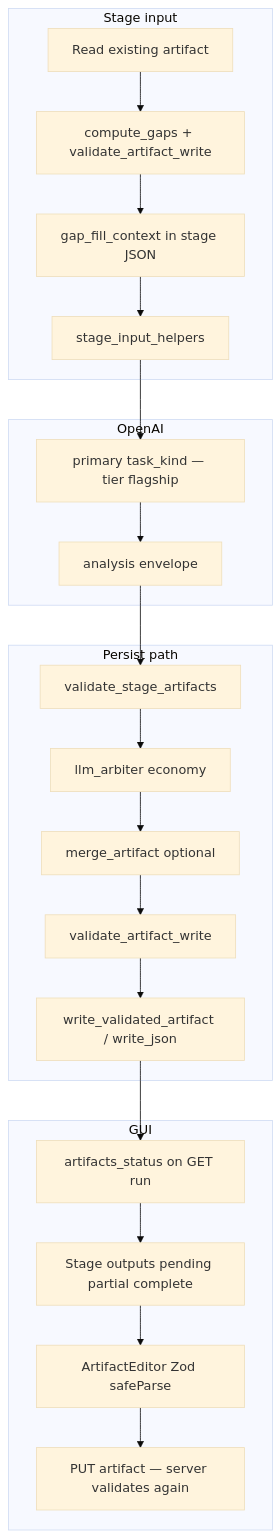
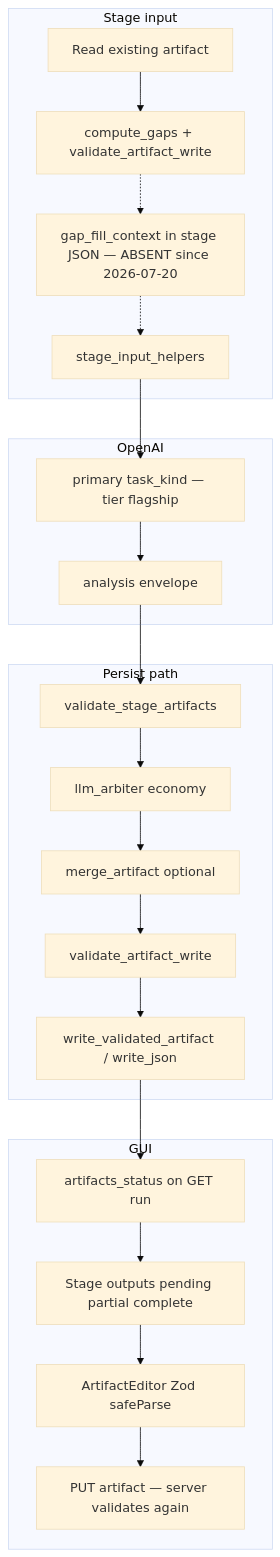
The diagram in docs/cross-cutting/artifact-generation-and-validation.md (NicketUttarwar/interview_helper_mux), drawn with Mermaid (base theme) before and after one commit. The commit also changed other lines of this file and 1 other file, not shown here.

First line of the commit message:
docs: record gap-fill context injection gap (absent since 2026-07-20 v2 reset)

````diff
--- a/docs/cross-cutting/artifact-generation-and-validation.md
+++ b/docs/cross-cutting/artifact-generation-and-validation.md
@@ -31,27 +32,27 @@
 ```mermaid
 flowchart TD
   subgraph input [Stage input]
     Disk[Read existing artifact]
     Gaps[compute_gaps + validate_artifact_write]
     Disk --> Gaps
-    Gaps --> Ctx[gap_fill_context in stage JSON]
-    Ctx --> Volley[stage_input_helpers]
+    Gaps -.-> Ctx["gap_fill_context in stage JSON — ABSENT since 2026-07-20"]
+    Ctx -.-> Volley[stage_input_helpers]
   end
   subgraph openai [OpenAI]
     Volley --> Primary["primary task_kind — tier flagship"]
     Primary --> Env[analysis envelope]
   end
   subgraph persist [Persist path]
     Env --> StageVal[validate_stage_artifacts]
     StageVal --> Arb[llm_arbiter economy]
     Arb --> Merge[merge_artifact optional]
     Merge --> DiskVal[validate_artifact_write]
     DiskVal --> Write[write_validated_artifact / write_json]
   end
   subgraph gui [GUI]
     Write --> Status[artifacts_status on GET run]
     Status --> Panel[Stage outputs pending partial complete]
     Panel --> Editor[ArtifactEditor Zod safeParse]
     Editor --> Put[PUT artifact — server validates again]
   end
 ```
````
